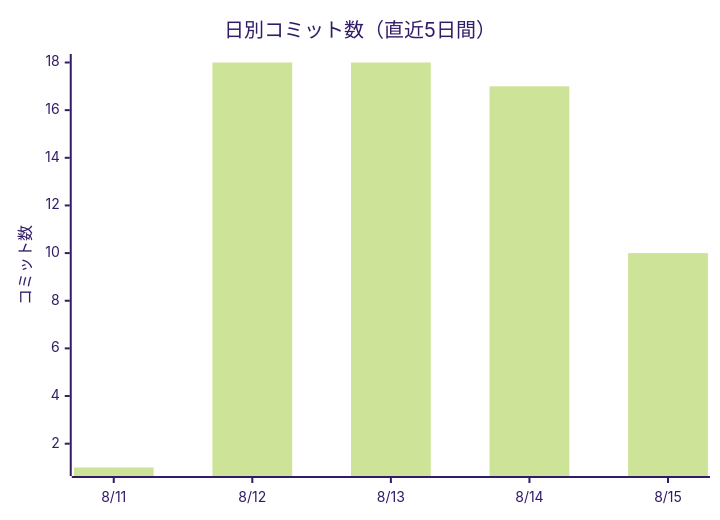
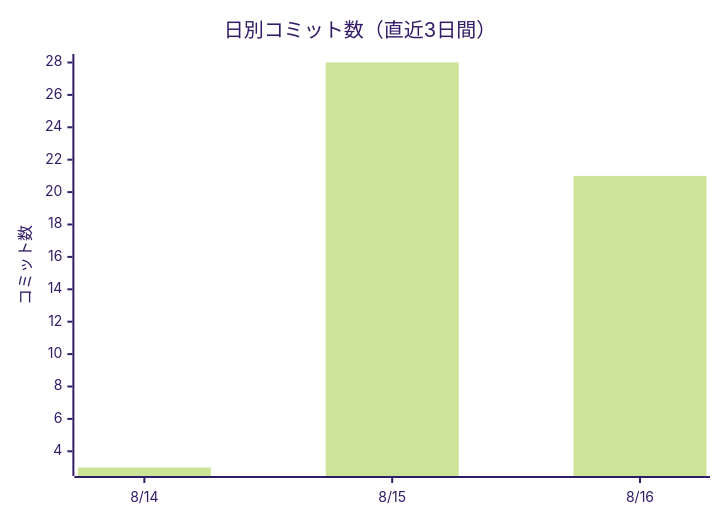
The first of 2 diagrams in docs/進化レポート.md (non-x2/non-x2), drawn with Mermaid (forest theme) before and after one commit. The commit also changed other lines of this file and 8 other files, not shown here.

First line of the commit message:
🌱 見やすさ点検の道具＋地図の丸を押しやすく＋YouTube次の1本の企画 (#63)

````diff
--- a/docs/進化レポート.md
+++ b/docs/進化レポート.md
@@ -23,7 +23,7 @@
 ```mermaid
 xychart-beta
-    title "日別コミット数（直近5日間）"
-    x-axis ["8/11", "8/12", "8/13", "8/14", "8/15"]
+    title "日別コミット数（直近3日間）"
+    x-axis ["8/14", "8/15", "8/16"]
     y-axis "コミット数"
-    bar [1, 18, 18, 17, 10]
+    bar [3, 28, 21]
 ```
````
